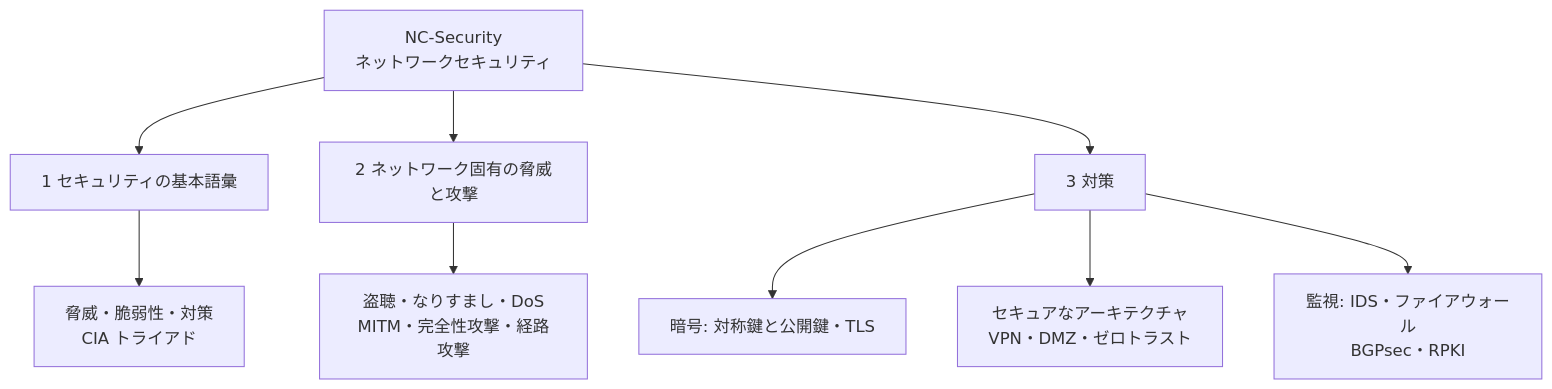
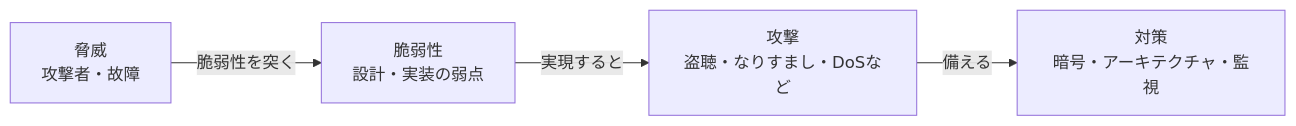
One commit to miyataka/cszap changed the first of 2 diagrams in docs/NC/NC-Security.md. Above: the diagram before and after it, drawn with Mermaid. The commit also changed other lines of this file and 28 other files, not shown here.

First line of the commit message:
docs: redesign 全体像 diagrams per unit (29 pages)

````diff
--- a/docs/NC/NC-Security.md
+++ b/docs/NC/NC-Security.md
@@ -12,11 +14,6 @@
 ```mermaid
-graph TD
-  A[NC-Security<br/>ネットワークセキュリティ] --> B[1 セキュリティの基本語彙]
-  A --> C[2 ネットワーク固有の脅威と攻撃]
-  A --> D[3 対策]
-  B --> B1["脅威・脆弱性・対策<br/>CIA トライアド"]
-  C --> C1["盗聴・なりすまし・DoS<br/>MITM・完全性攻撃・経路攻撃"]
-  D --> D1[暗号: 対称鍵と公開鍵・TLS]
-  D --> D2["セキュアなアーキテクチャ<br/>VPN・DMZ・ゼロトラスト"]
-  D --> D3["監視: IDS・ファイアウォール<br/>BGPsec・RPKI"]
+graph LR
+  T["脅威<br/>攻撃者・故障"] -->|脆弱性を突く| V["脆弱性<br/>設計・実装の弱点"]
+  V -->|実現すると| A["攻撃<br/>盗聴・なりすまし・DoSなど"]
+  A -->|備える| C["対策<br/>暗号・アーキテクチャ・監視"]
 ```
````
